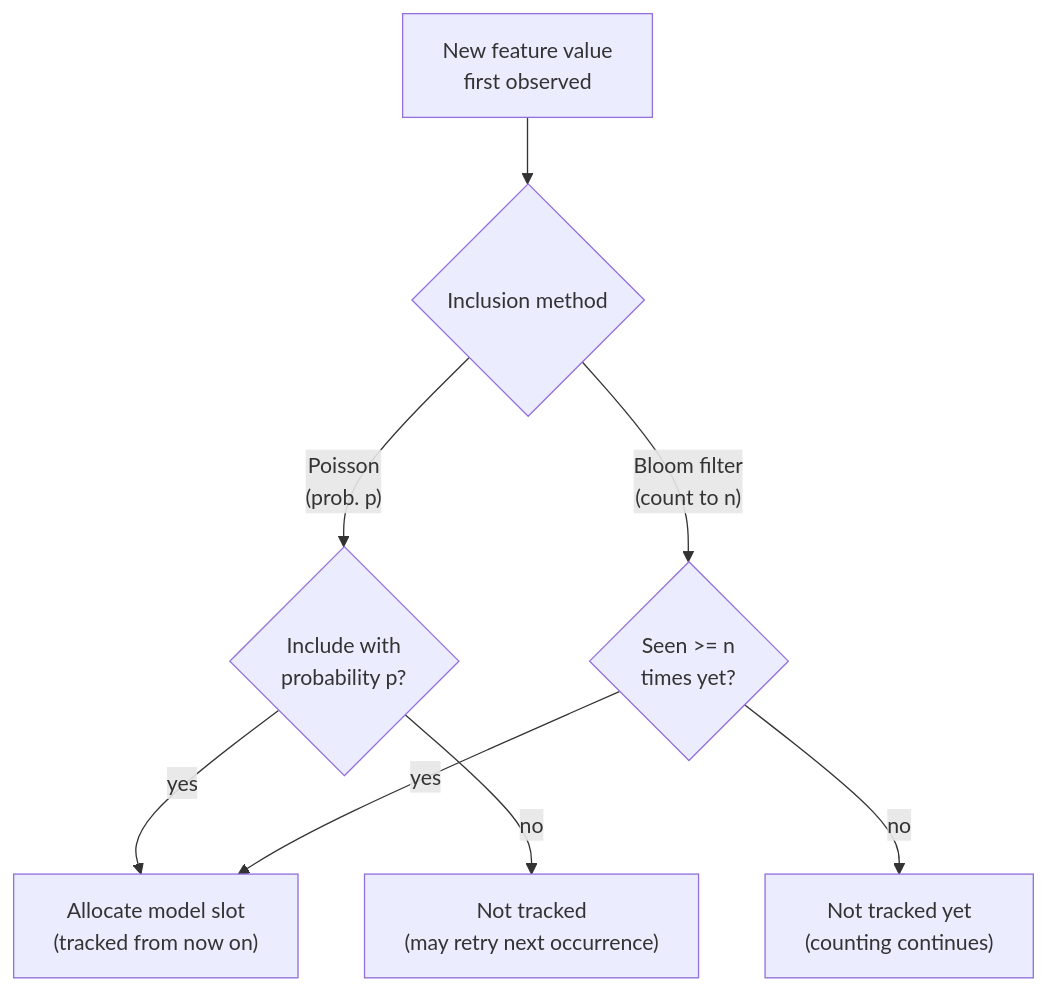
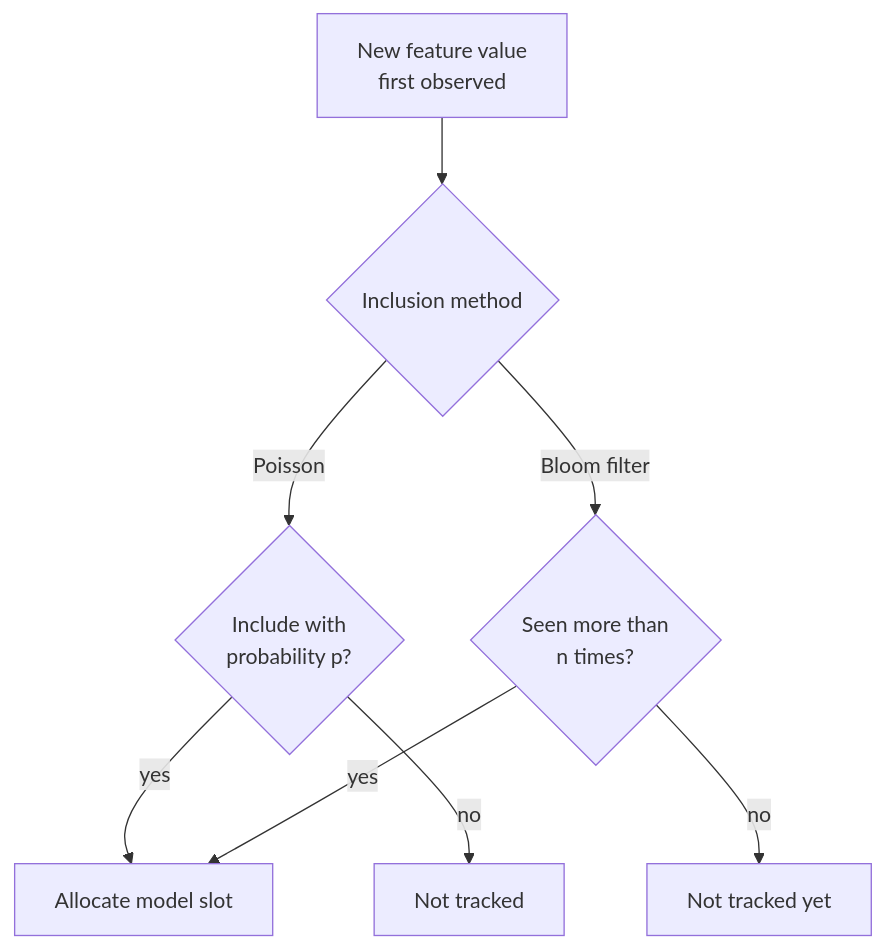
Before and after one commit to romancobblepot/AI-system-design-primer: the third of 7 diagrams in case-studies/ctr-prediction/README.md, drawn with Mermaid. The commit also changed other lines of this file and 49 other files, not shown here.

````diff
--- a/case-studies/ctr-prediction/README.md
+++ b/case-studies/ctr-prediction/README.md
@@ -135,10 +221,10 @@
 ```mermaid
 flowchart TD
     NEW["New feature value\nfirst observed"] --> DEC{"Inclusion method"}
-    DEC -->|"Poisson\n(prob. p)"| COIN{"Include with\nprobability p?"}
-    COIN -->|yes| SLOT["Allocate model slot\n(tracked from now on)"]
-    COIN -->|no| DROP1["Not tracked\n(may retry next occurrence)"]
-    DEC -->|"Bloom filter\n(count to n)"| CNT{"Seen >= n\ntimes yet?"}
+    DEC -->|"Poisson"| COIN{"Include with\nprobability p?"}
+    COIN -->|yes| SLOT["Allocate model slot"]
+    COIN -->|no| DROP1["Not tracked"]
+    DEC -->|"Bloom filter"| CNT{"Seen more than\nn times?"}
     CNT -->|yes| SLOT
-    CNT -->|no| DROP2["Not tracked yet\n(counting continues)"]
+    CNT -->|no| DROP2["Not tracked yet"]
 ```
````
